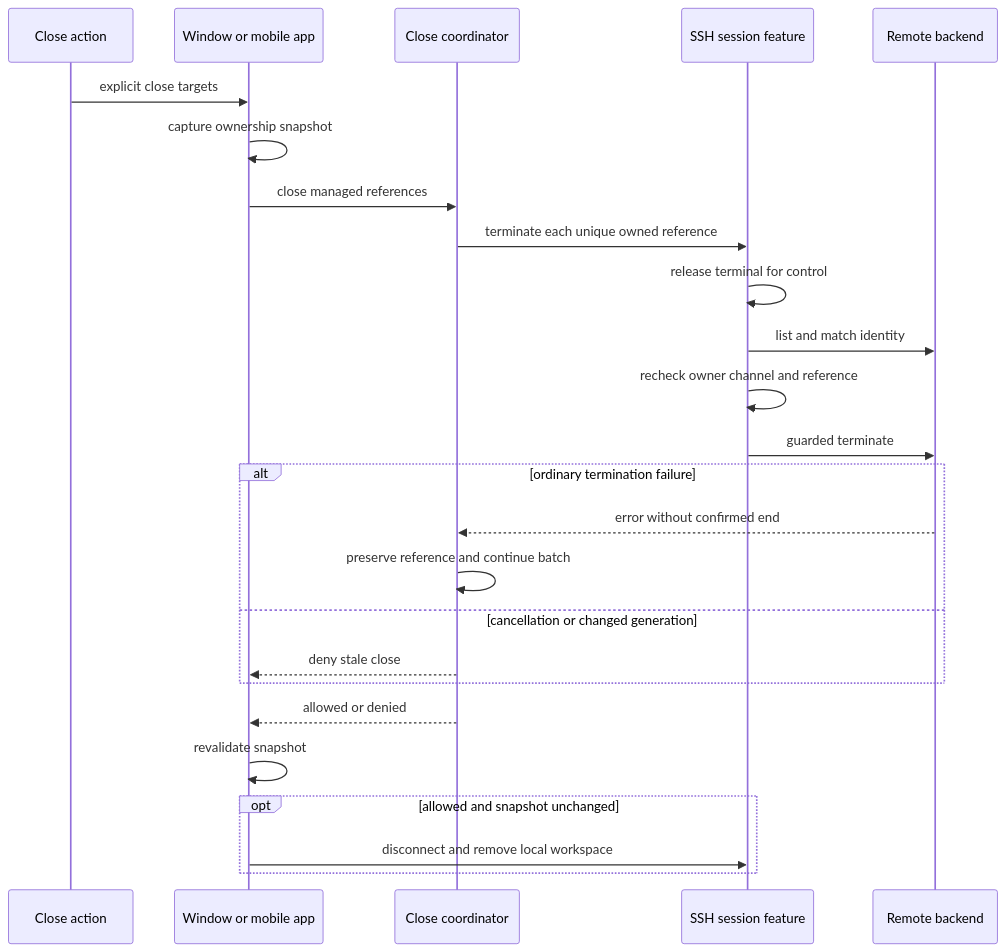
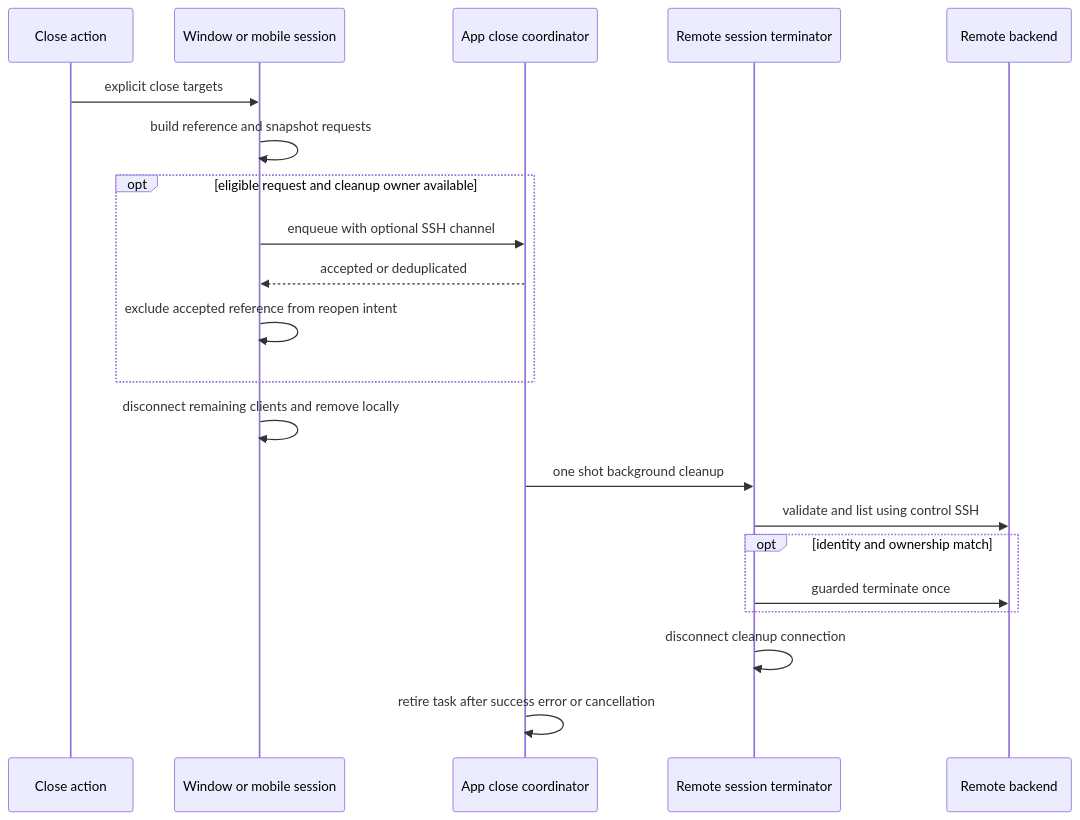
The sixth of 9 diagrams in openwiki/workflows/ssh-session-lifecycle.md (AkinoKaede/Termind), drawn with Mermaid before and after one commit. The commit also changed other lines of this file and 61 other files, not shown here.

````diff
--- a/openwiki/workflows/ssh-session-lifecycle.md
+++ b/openwiki/workflows/ssh-session-lifecycle.md
@@ -379,27 +391,23 @@
 ```mermaid
 sequenceDiagram
     participant UI as Close action
-    participant Owner as Window or mobile app
-    participant Close as Close coordinator
-    participant Session as SSH session feature
+    participant Owner as Window or mobile session
+    participant Close as App close coordinator
+    participant Terminator as Remote session terminator
     participant Backend as Remote backend
     UI->>Owner: explicit close targets
-    Owner->>Owner: capture ownership snapshot
-    Owner->>Close: close managed references
-    Close->>Session: terminate each unique owned reference
-    Session->>Session: release terminal for control
-    Session->>Backend: list and match identity
-    Session->>Session: recheck owner channel and reference
-    Session->>Backend: guarded terminate
-    alt ordinary termination failure
-        Backend-->>Close: error without confirmed end
-        Close->>Close: preserve reference and continue batch
-    else cancellation or changed generation
-        Close-->>Owner: deny stale close
+    Owner->>Owner: build reference and snapshot requests
+    opt eligible request and cleanup owner available
+        Owner->>Close: enqueue with optional SSH channel
+        Close-->>Owner: accepted or deduplicated
+        Owner->>Owner: exclude accepted reference from reopen intent
     end
-    Close-->>Owner: allowed or denied
-    Owner->>Owner: revalidate snapshot
-    opt allowed and snapshot unchanged
-        Owner->>Session: disconnect and remove local workspace
+    Owner->>Owner: disconnect remaining clients and remove locally
+    Close->>Terminator: one shot background cleanup
+    Terminator->>Backend: validate and list using control SSH
+    opt identity and ownership match
+        Terminator->>Backend: guarded terminate once
     end
+    Terminator->>Terminator: disconnect cleanup connection
+    Close->>Close: retire task after success error or cancellation
 ```
````
